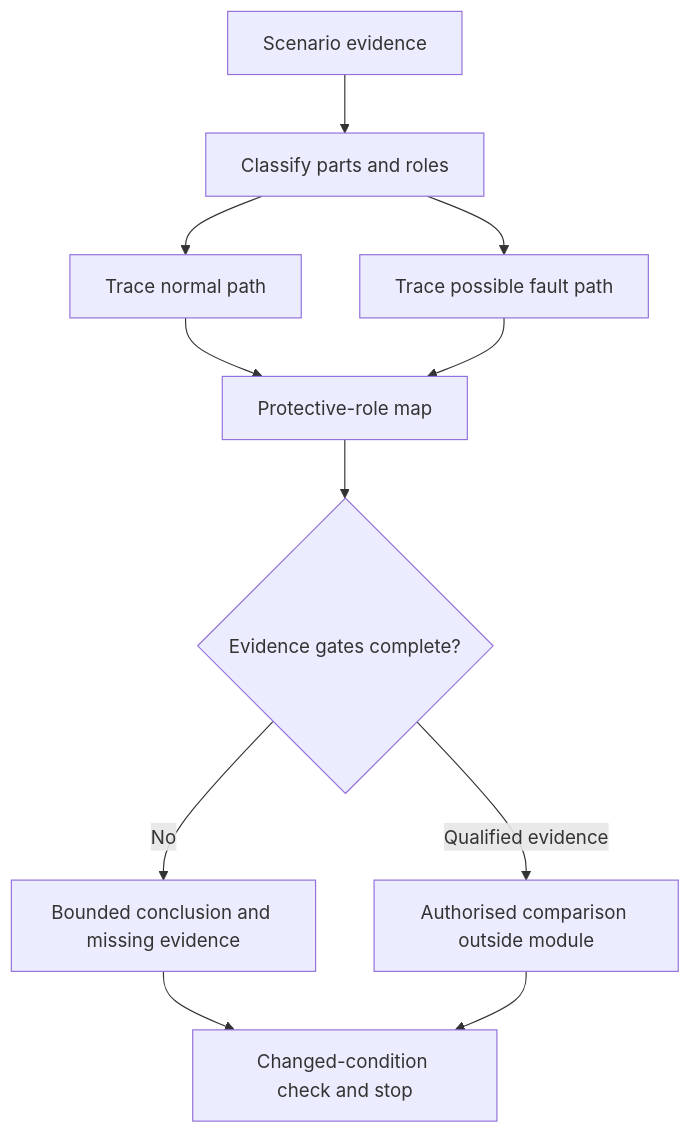
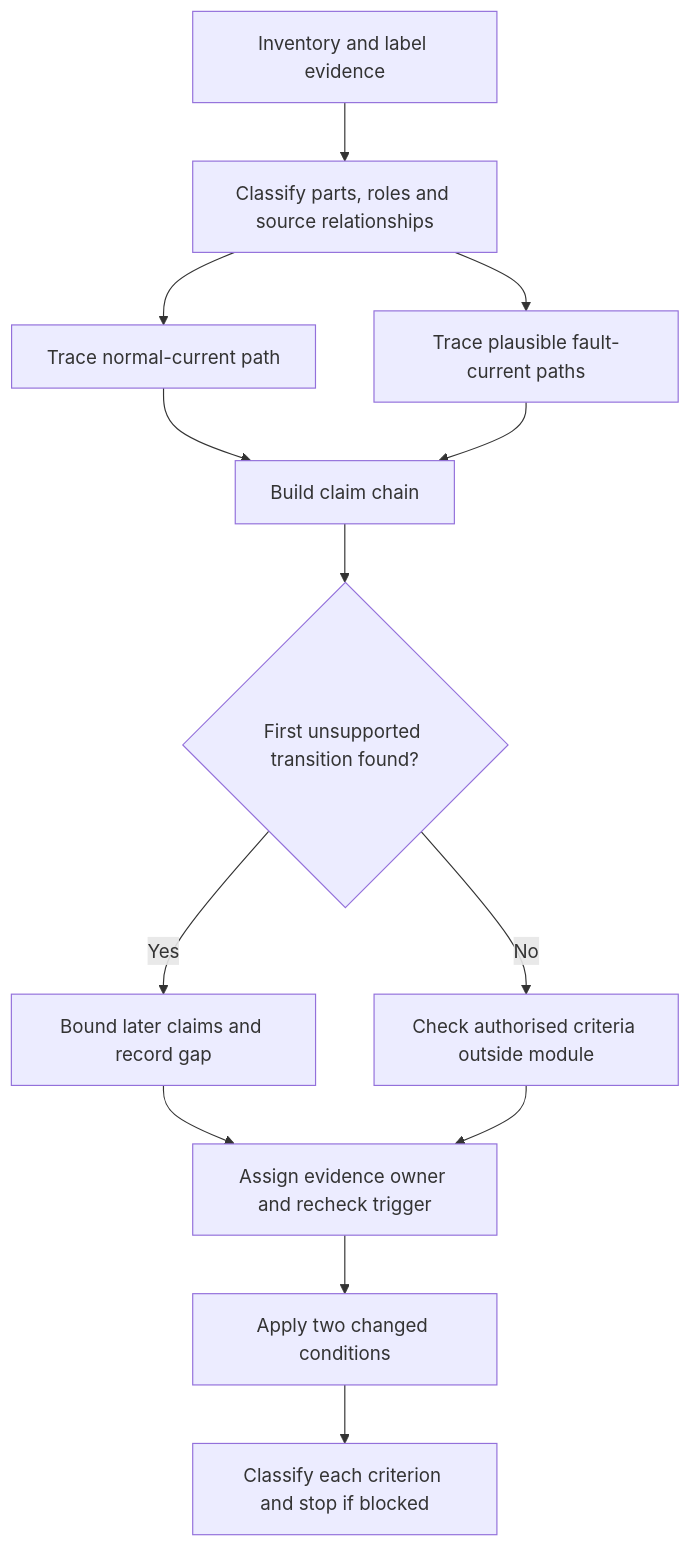
One commit to andrew3stedall/capstone changed the first of 2 diagrams in docs/learning-plans/12-week/modules/day-21-week-3-earthing-and-protection-integration-checkpoint.md. Above: the diagram before and after it, drawn with Mermaid. The commit also changed other lines of this file, not shown here.

````diff
--- a/docs/learning-plans/12-week/modules/day-21-week-3-earthing-and-protection-integration-checkpoint.md
+++ b/docs/learning-plans/12-week/modules/day-21-week-3-earthing-and-protection-integration-checkpoint.md
@@ -82,13 +109,15 @@
 ```mermaid
 flowchart TD
-    A["Scenario evidence"] --> B["Classify parts and roles"]
-    B --> C["Trace normal path"]
-    B --> D["Trace possible fault path"]
-    C --> E["Protective-role map"]
+    A["Inventory and label evidence"] --> B["Classify parts, roles and source relationships"]
+    B --> C["Trace normal-current path"]
+    B --> D["Trace plausible fault-current paths"]
+    C --> E["Build claim chain"]
     D --> E
-    E --> F{"Evidence gates complete?"}
-    F -->|"No"| G["Bounded conclusion and missing evidence"]
-    F -->|"Qualified evidence"| H["Authorised comparison outside module"]
-    G --> I["Changed-condition check and stop"]
+    E --> F{"First unsupported transition found?"}
+    F -->|"Yes"| G["Bound later claims and record gap"]
+    F -->|"No"| H["Check authorised criteria outside module"]
+    G --> I["Assign evidence owner and recheck trigger"]
     H --> I
+    I --> J["Apply two changed conditions"]
+    J --> K["Classify each criterion and stop if blocked"]
 ```
````
